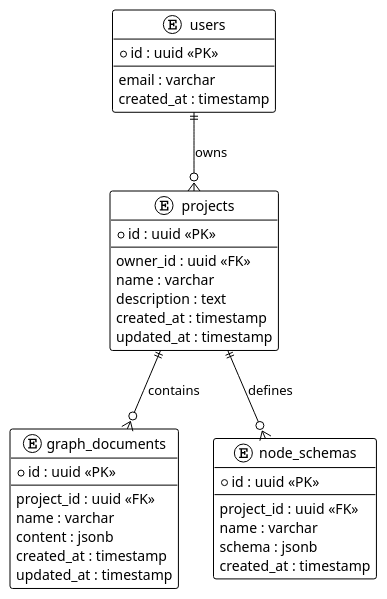
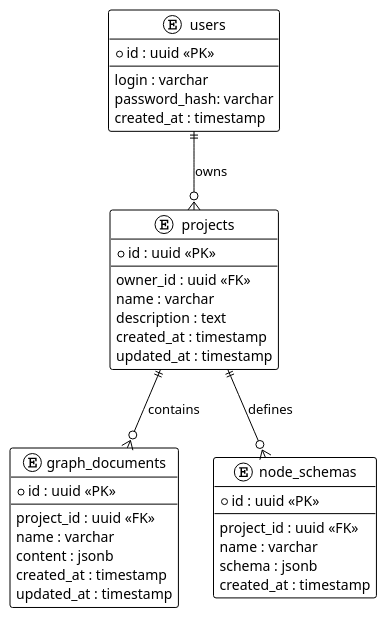
The diagram in DB scheme.md (kalane15/GraphForge), drawn with PlantUML before and after one commit. The commit also changed 30 other files, not shown here.

```diff
--- a/DB scheme.md
+++ b/DB scheme.md
@@ -1,50 +1,51 @@
 @startuml
 !theme plain
 
 hide methods
 hide stereotypes
 
 entity "users" as users {
     * id : uuid <<PK>>
     --
-    email : varchar
+    login : varchar
+	password_hash: varchar
     created_at : timestamp
 }
 
 entity "projects" as projects {
     * id : uuid <<PK>>
     --
     owner_id : uuid <<FK>>
     name : varchar
     description : text
     created_at : timestamp
     updated_at : timestamp
 }
 
 entity "graph_documents" as graphs {
     * id : uuid <<PK>>
     --
     project_id : uuid <<FK>>
     name : varchar
     content : jsonb
     created_at : timestamp
     updated_at : timestamp
 }
 
 entity "node_schemas" as schemas {
     * id : uuid <<PK>>
     --
     project_id : uuid <<FK>>
     name : varchar
     schema : jsonb
     created_at : timestamp
 }
 
 users ||--o{ projects : owns
 
 projects ||--o{ graphs : contains
 
 projects ||--o{ schemas : defines
 
 
 @enduml
```
